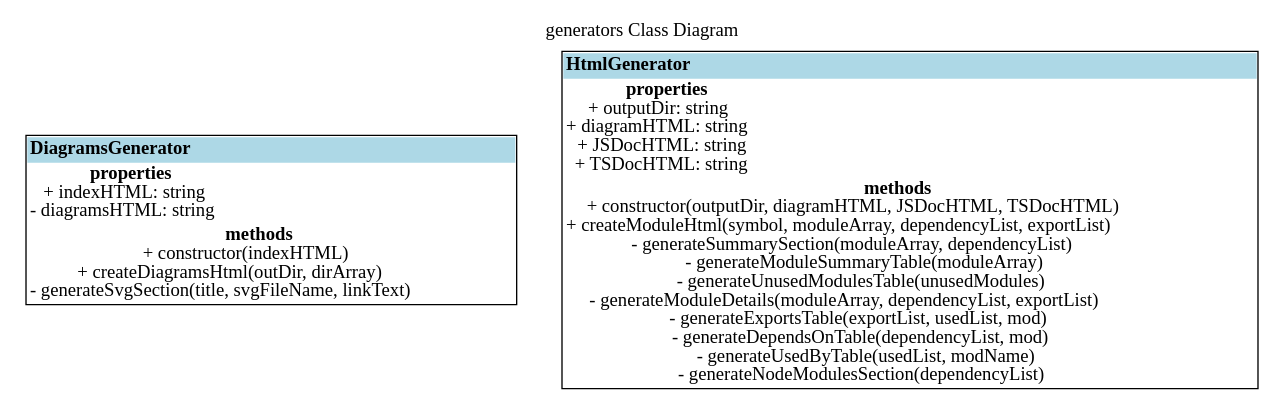
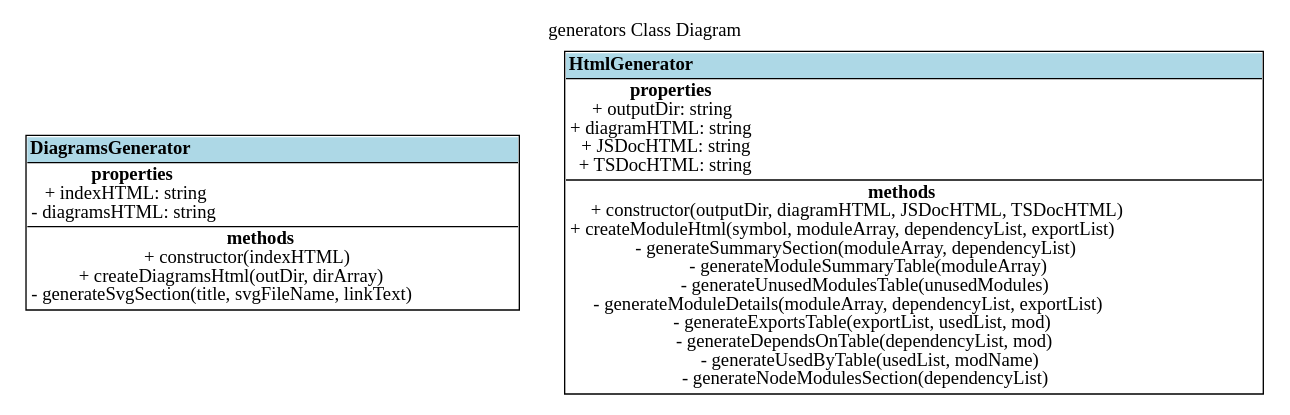
Before and after one commit to fleebe/GitHubPages: the diagram in dep-graph-ts/generators_ClassDiagram.dot, drawn with Graphviz. The commit also changed 17 other files, not shown here.

Commit message:
Update docs for dep-graph-ts from fleebe/dep-graph-ts workflow

```diff
--- a/dep-graph-ts/generators_ClassDiagram.dot
+++ b/dep-graph-ts/generators_ClassDiagram.dot
@@ -1,38 +1,38 @@
 digraph {label="generators Class Diagram";
 labelloc="t";
 "DiagramsGenerator" [shape=none, label=<<TABLE cellspacing="0" cellborder="0" align="left">
 <TR><TD align="left" bgcolor="lightblue"><B>DiagramsGenerator</B></TD></TR>
-<TR><TD align="left"><B>properties</B><BR/>
+<TR><TD BORDER="1" SIDES="T" align="left"><B>properties</B><BR/>
 + indexHTML: string<BR/>
 - diagramsHTML: string<BR/>
 </TD></TR>
-<TR><TD align="left"><B>methods</B><BR/>
+<TR><TD BORDER="1" SIDES="T" align="left"><B>methods</B><BR/>
 + constructor(indexHTML)<BR/>
 + createDiagramsHtml(outDir, dirArray)<BR/>
 - generateSvgSection(title, svgFileName, linkText)<BR/>
 </TD></TR>
 </TABLE>>];
 
 "HtmlGenerator" [shape=none, label=<<TABLE cellspacing="0" cellborder="0" align="left">
 <TR><TD align="left" bgcolor="lightblue"><B>HtmlGenerator</B></TD></TR>
-<TR><TD align="left"><B>properties</B><BR/>
+<TR><TD BORDER="1" SIDES="T" align="left"><B>properties</B><BR/>
 + outputDir: string<BR/>
 + diagramHTML: string<BR/>
 + JSDocHTML: string<BR/>
 + TSDocHTML: string<BR/>
 </TD></TR>
-<TR><TD align="left"><B>methods</B><BR/>
+<TR><TD BORDER="1" SIDES="T" align="left"><B>methods</B><BR/>
 + constructor(outputDir, diagramHTML, JSDocHTML, TSDocHTML)<BR/>
 + createModuleHtml(symbol, moduleArray, dependencyList, exportList)<BR/>
 - generateSummarySection(moduleArray, dependencyList)<BR/>
 - generateModuleSummaryTable(moduleArray)<BR/>
 - generateUnusedModulesTable(unusedModules)<BR/>
 - generateModuleDetails(moduleArray, dependencyList, exportList)<BR/>
 - generateExportsTable(exportList, usedList, mod)<BR/>
 - generateDependsOnTable(dependencyList, mod)<BR/>
 - generateUsedByTable(usedList, modName)<BR/>
 - generateNodeModulesSection(dependencyList)<BR/>
 </TD></TR>
 </TABLE>>];
 
 }
```
